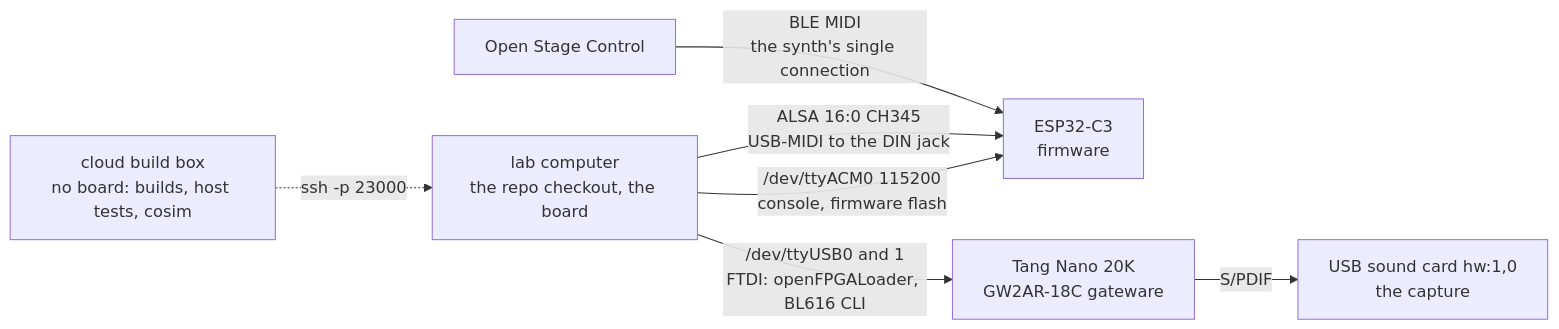
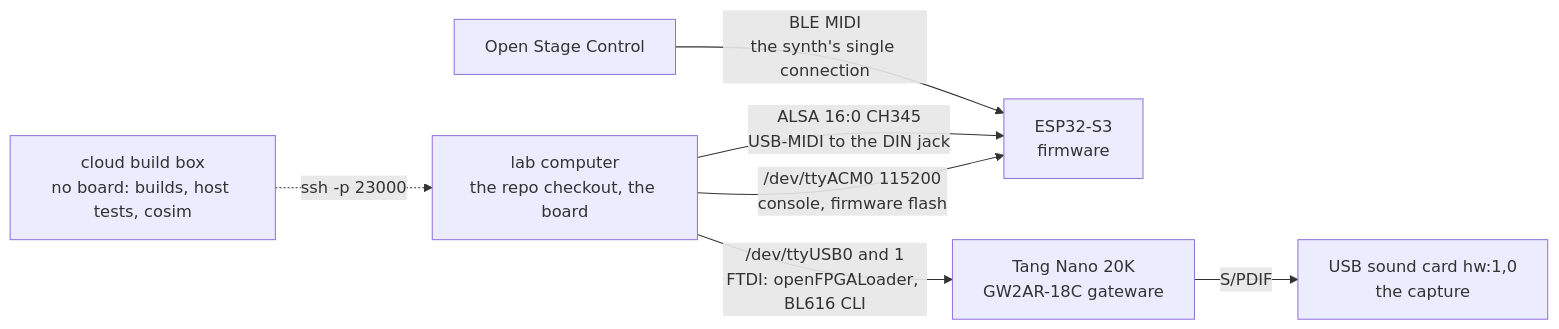
Before and after one commit to Thorwegian/noaidi-fpga-synth: the diagram in tools/lab/README.md, drawn with Mermaid. The commit also changed other lines of this file and 13 other files, not shown here.

First line of the commit message:
Port the firmware to the ESP32-S3

````diff
--- a/tools/lab/README.md
+++ b/tools/lab/README.md
@@ -12,9 +12,9 @@
 ```mermaid
 flowchart LR
     cloud[cloud build box<br/>no board: builds, host tests, cosim] -. ssh -p 23000 .-> lab[lab computer<br/>the repo checkout, the board]
-    lab -- /dev/ttyACM0 115200<br/>console, firmware flash --> esp[ESP32-C3<br/>firmware]
+    lab -- /dev/ttyACM0 115200<br/>console, firmware flash --> esp[ESP32-S3<br/>firmware]
     lab -- /dev/ttyUSB0 and 1<br/>FTDI: openFPGALoader, BL616 CLI --> fpga[Tang Nano 20K<br/>GW2AR-18C gateware]
     lab -- ALSA 16:0 CH345<br/>USB-MIDI to the DIN jack --> esp
     osc[Open Stage Control] -- BLE MIDI<br/>the synth's single connection --> esp
     fpga -- S/PDIF --> cap[USB sound card hw:1,0<br/>the capture]
 ```
````
